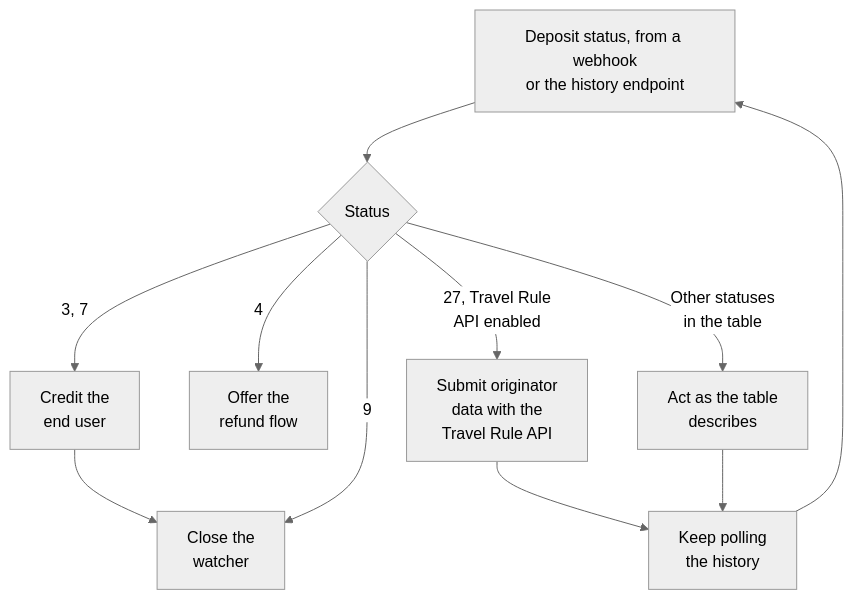
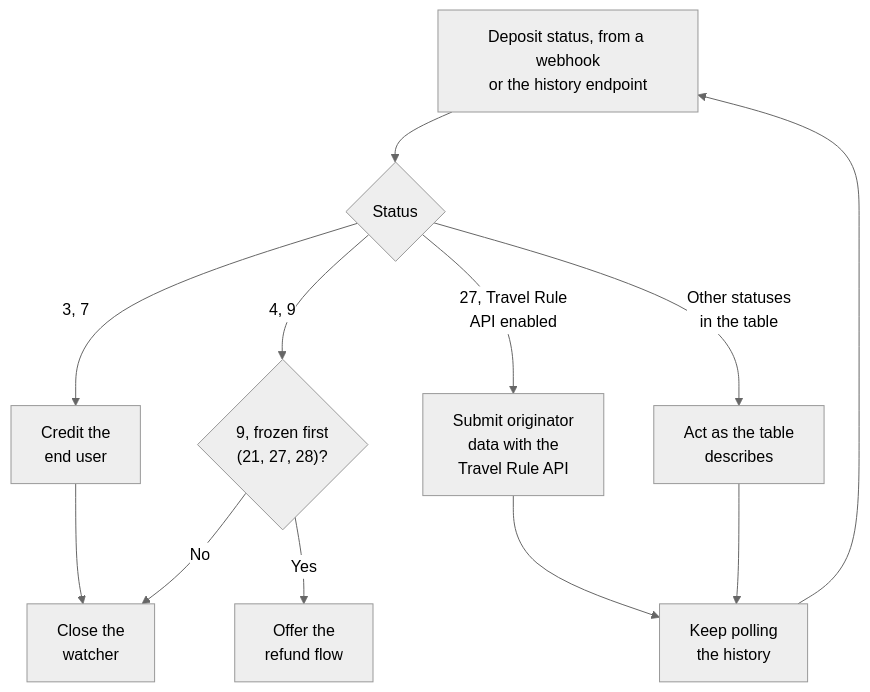
Before and after one commit to whitebit-exchange/docs: the fifth of 10 diagrams in guides/payment-integration.mdx, drawn with Mermaid (neutral theme). The commit also changed other lines of this file and 9 other files, not shown here.

First line of the commit message:
docs(api): refund only frozen status-9 deposits

````diff
--- a/guides/payment-integration.mdx
+++ b/guides/payment-integration.mdx
@@ -356,13 +356,14 @@
 ```mermaid
 flowchart TD
     Start["Deposit status, from a webhook<br/>or the history endpoint"] --> Status{"Status"}
     Status -->|"3, 7"| Credit["Credit the<br/>end user"]
-    Status -->|"4"| Refund["Offer the<br/>refund flow"]
     Credit --> Closed["Close the<br/>watcher"]
-    Status -->|"9"| Closed
+    Status -->|"4, 9"| Frozen{"9, frozen first<br/>(21, 27, 28)?"}
+    Frozen -->|"Yes"| Refund["Offer the<br/>refund flow"]
+    Frozen -->|"No"| Closed
     Status -->|"27, Travel Rule<br/>API enabled"| TravelRuleApi["Submit originator<br/>data with the<br/>Travel Rule API"]
     Status -->|"Other statuses<br/>in the table"| Act["Act as the table<br/>describes"]
     TravelRuleApi --> Poll["Keep polling<br/>the history"]
     Act --> Poll
     Poll --> Start
 ```
````
